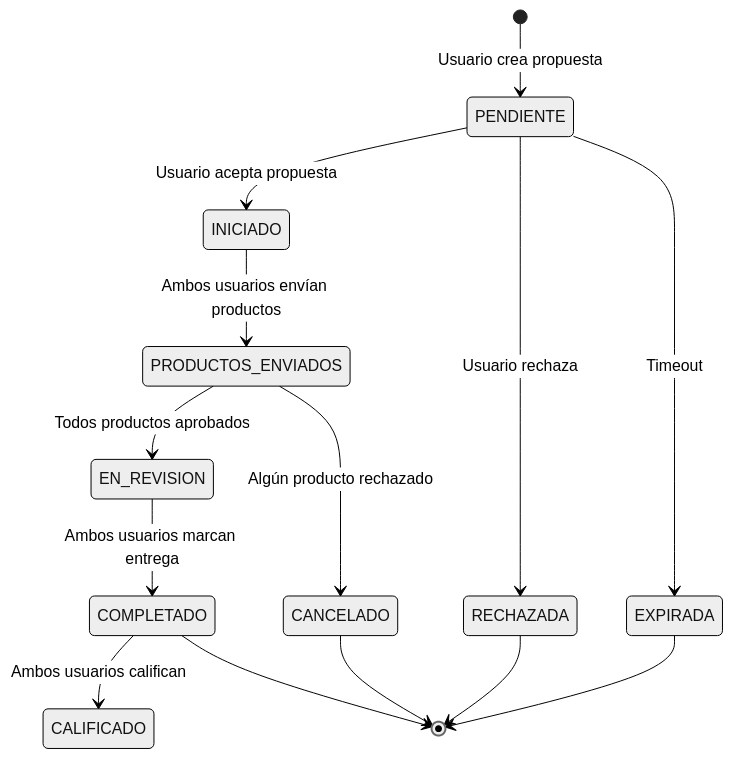
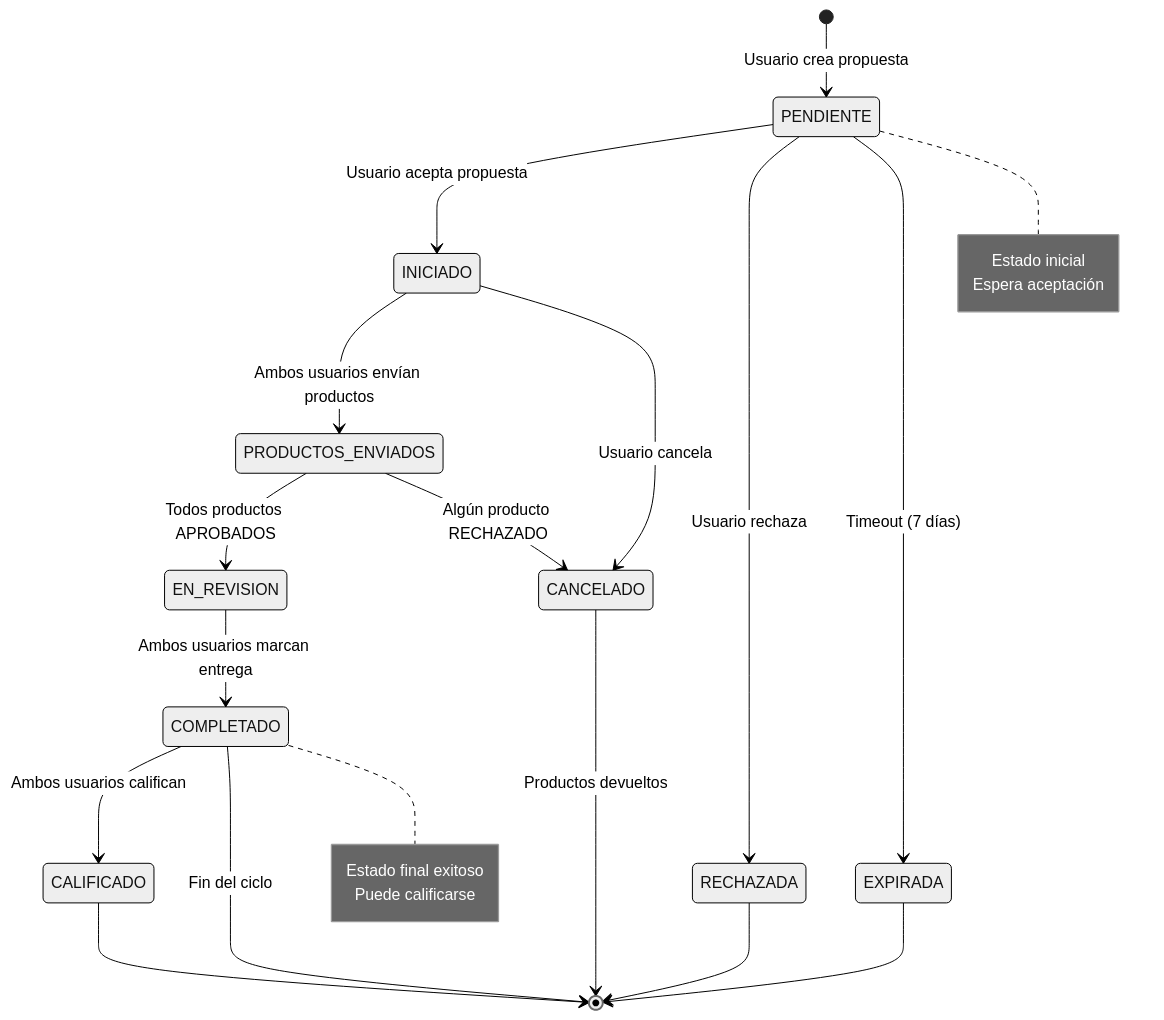
The second of 6 diagrams in README.md (Izde13/mercado-trueque), drawn with Mermaid (neutral theme) before and after one commit. The commit also changed other lines of this file, not shown here.

Commit message:
Added detail in state diagrams

````diff
--- a/README.md
+++ b/README.md
@@ -308,21 +310,34 @@
 ```mermaid
 stateDiagram-v2
     [*] --> PENDIENTE: Usuario crea propuesta
+
     PENDIENTE --> INICIADO: Usuario acepta propuesta
     PENDIENTE --> RECHAZADA: Usuario rechaza
-    PENDIENTE --> EXPIRADA: Timeout
+    PENDIENTE --> EXPIRADA: Timeout (7 días)
 
     INICIADO --> PRODUCTOS_ENVIADOS: Ambos usuarios envían productos
+    INICIADO --> CANCELADO: Usuario cancela
 
-    PRODUCTOS_ENVIADOS --> EN_REVISION: Todos productos aprobados
-    PRODUCTOS_ENVIADOS --> CANCELADO: Algún producto rechazado
+    PRODUCTOS_ENVIADOS --> EN_REVISION: Todos productos APROBADOS
+    PRODUCTOS_ENVIADOS --> CANCELADO: Algún producto RECHAZADO
 
     EN_REVISION --> COMPLETADO: Ambos usuarios marcan entrega
 
     COMPLETADO --> CALIFICADO: Ambos usuarios califican
-    COMPLETADO --> [*]
+    COMPLETADO --> [*]: Fin del ciclo
 
     RECHAZADA --> [*]
     EXPIRADA --> [*]
-    CANCELADO --> [*]
+    CANCELADO --> [*]: Productos devueltos
+    CALIFICADO --> [*]
+
+    note right of PENDIENTE
+        Estado inicial
+        Espera aceptación
+    end note
+
+    note right of COMPLETADO
+        Estado final exitoso
+        Puede calificarse
+    end note
 ```
````
